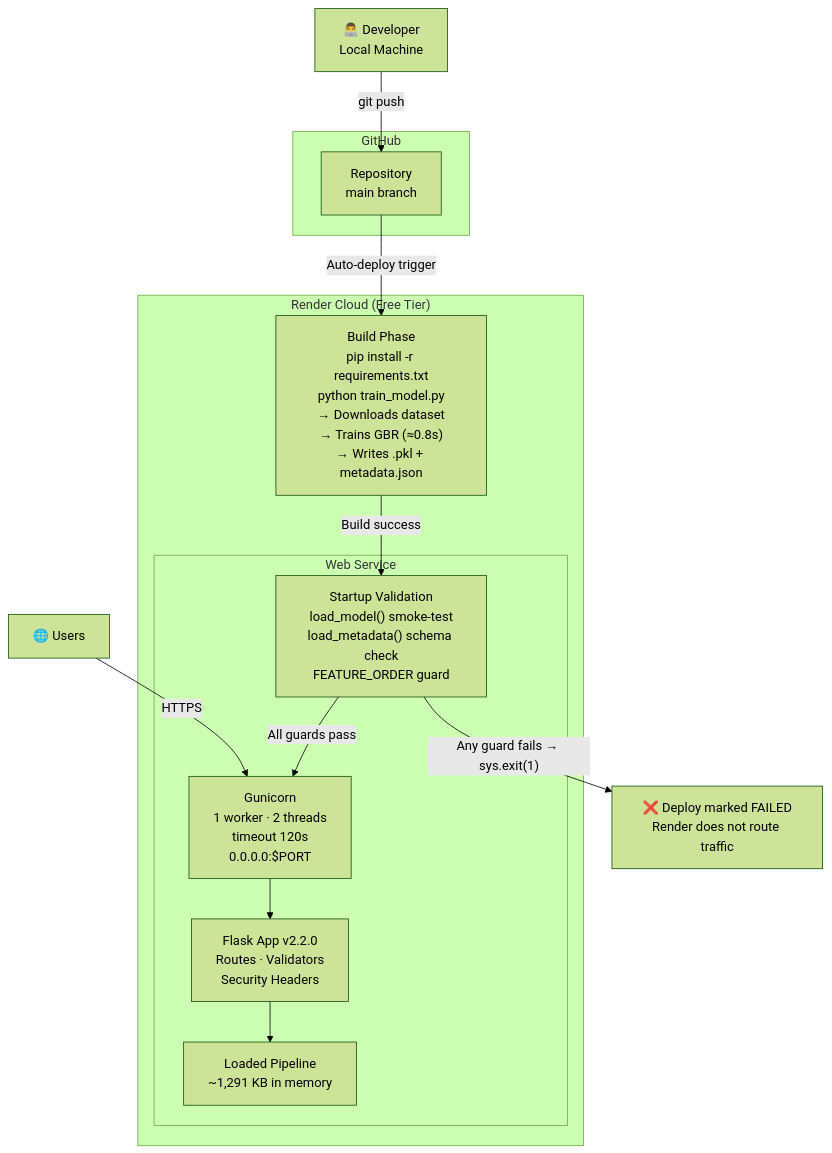
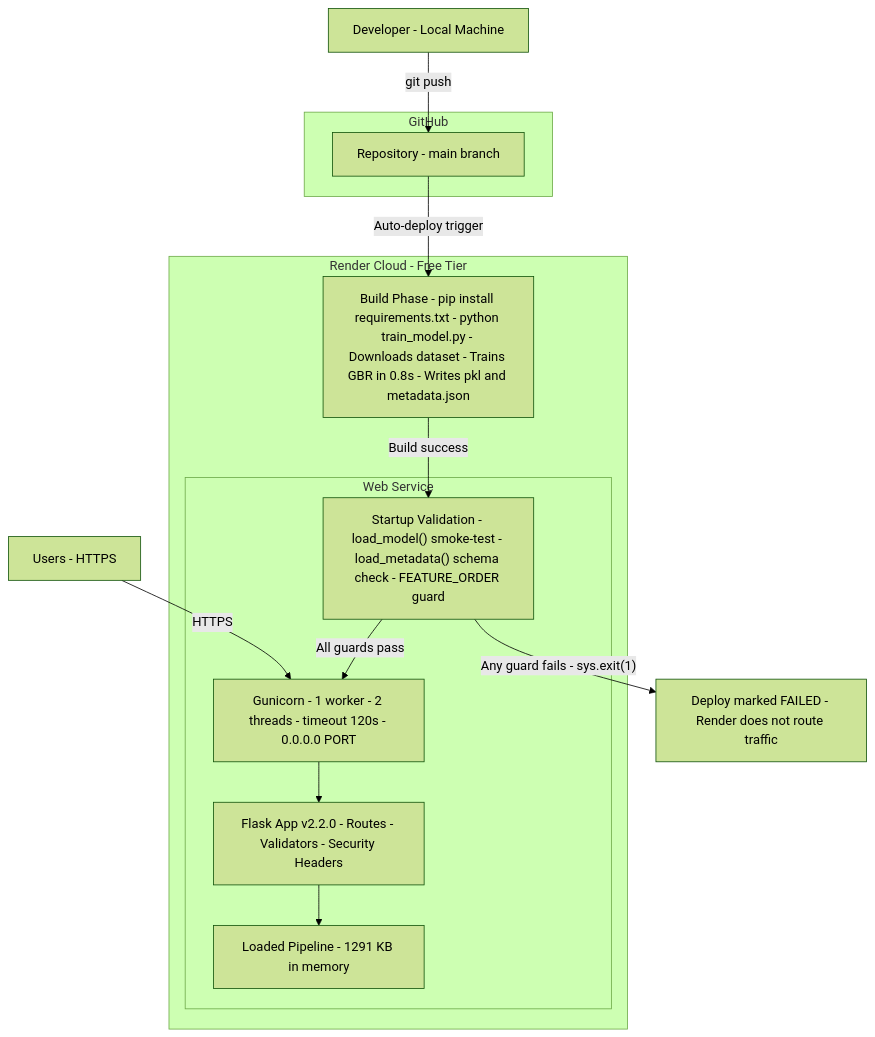
One commit to ArunVijaykumarcsds/InsureIQ changed the fourth of 4 diagrams in README.md. Above: the diagram before and after it, drawn with Mermaid (forest theme). The commit also changed other lines of this file, not shown here.

````diff
--- a/README.md
+++ b/README.md
@@ -608,30 +617,31 @@
 ```mermaid
 flowchart TD
-    Dev["👨‍💻 Developer\nLocal Machine"]
+    Dev["Developer - Local Machine"]
 
     subgraph GitHub["GitHub"]
-        Repo["Repository\nmain branch"]
+        Repo["Repository - main branch"]
     end
 
-    subgraph Render["Render Cloud (Free Tier)"]
-        Build["Build Phase\npip install -r requirements.txt\npython train_model.py\n→ Downloads dataset\n→ Trains GBR (≈0.8s)\n→ Writes .pkl + metadata.json"]
+    subgraph Render["Render Cloud - Free Tier"]
+        Build["Build Phase - pip install requirements.txt - python train_model.py - Downloads dataset - Trains GBR in 0.8s - Writes pkl and metadata.json"]
 
         subgraph Server["Web Service"]
-            Startup["Startup Validation\nload_model() smoke-test\nload_metadata() schema check\nFEATURE_ORDER guard"]
-            Gunicorn["Gunicorn\n1 worker · 2 threads\ntimeout 120s\n0.0.0.0:$PORT"]
-            Flask["Flask App v2.2.0\nRoutes · Validators\nSecurity Headers"]
-            Model["Loaded Pipeline\n~1,291 KB in memory"]
+            Startup["Startup Validation - load_model() smoke-test - load_metadata() schema check - FEATURE_ORDER guard"]
+            Gunicorn["Gunicorn - 1 worker - 2 threads - timeout 120s - 0.0.0.0 PORT"]
+            Flask["Flask App v2.2.0 - Routes - Validators - Security Headers"]
+            Model["Loaded Pipeline - 1291 KB in memory"]
         end
     end
 
-    Users["🌐 Users"]
+    Users["Users - HTTPS"]
+    Fail["Deploy marked FAILED - Render does not route traffic"]
 
     Dev -->|"git push"| Repo
     Repo -->|"Auto-deploy trigger"| Build
     Build -->|"Build success"| Startup
     Startup -->|"All guards pass"| Gunicorn
-    Startup -->|"Any guard fails → sys.exit(1)"| Fail["❌ Deploy marked FAILED\nRender does not route traffic"]
+    Startup -->|"Any guard fails - sys.exit(1)"| Fail
     Gunicorn --> Flask
     Flask --> Model
     Users -->|"HTTPS"| Gunicorn
 ```
````
